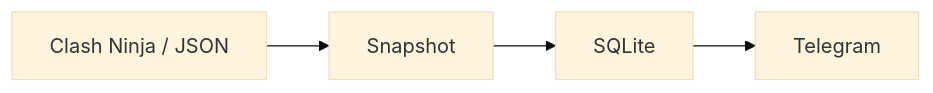
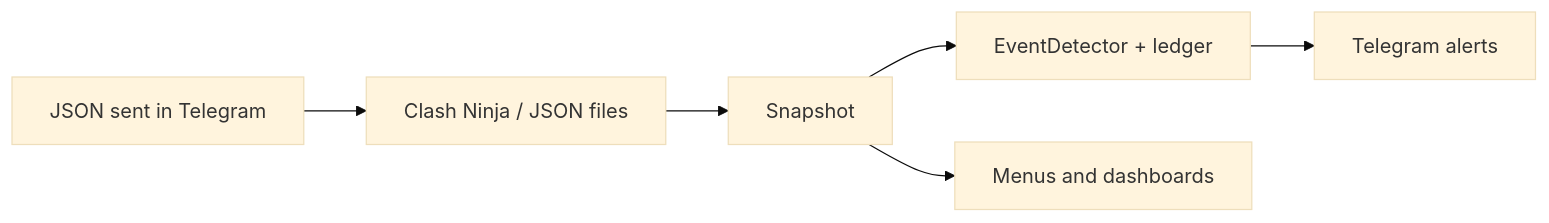
The diagram in README.md (soroka01/Clash-Of-Clans-Telegram-Clash-Ninja-notifyer), drawn with Mermaid (base theme) before and after one commit. The commit also changed other lines of this file and 1 other file, not shown here.

Commit message:
docs: document JSON import over Telegram, alerts, new settings and structure

````diff
--- a/README.md
+++ b/README.md
@@ -34,6 +37,8 @@
 ```mermaid
 flowchart LR
-    A["Clash Ninja / JSON"] --> B["Snapshot"]
-    B --> C["SQLite"]
-    C --> D["Telegram"]
+    A["Clash Ninja / JSON files"] --> B["Snapshot"]
+    U["JSON sent in Telegram"] --> A
+    B --> C["EventDetector + ledger"]
+    C --> D["Telegram alerts"]
+    B --> E["Menus and dashboards"]
 ```
````
